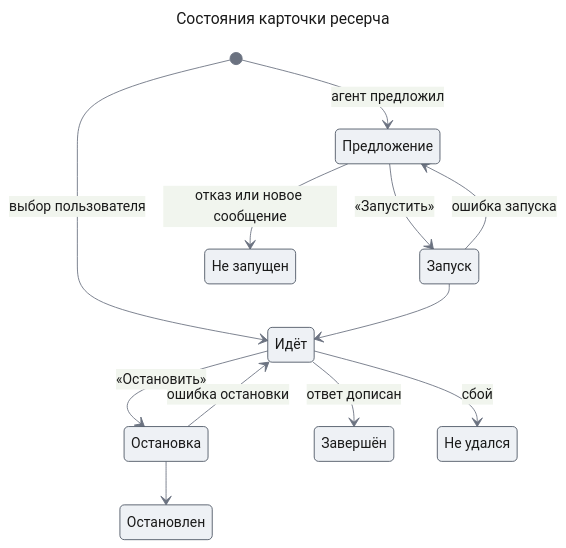
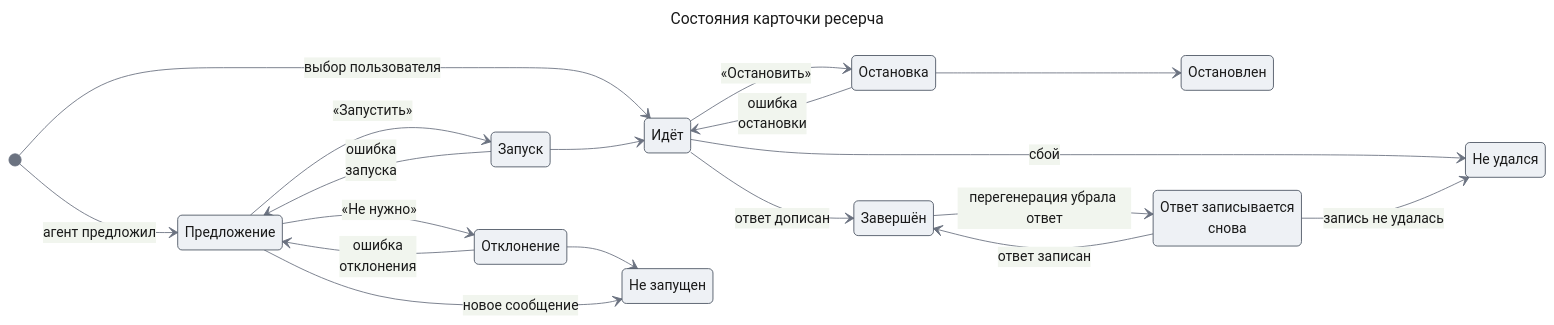
Before and after one commit to tundraray/agent-os: the first of 2 diagrams in docs/design-system/components/research-card.md, drawn with Mermaid. The commit also changed other lines of this file and 2 other files, not shown here.

````diff
--- a/docs/design-system/components/research-card.md
+++ b/docs/design-system/components/research-card.md
@@ -61,33 +65,42 @@
 ```mermaid
 ---
 title: "Состояния карточки ресерча"
 config:
   theme: base
   look: classic
   themeVariables:
     primaryColor: "#eef1f5"
     primaryBorderColor: "#4b5563"
     primaryTextColor: "#1a1a1a"
     lineColor: "#6b7280"
 ---
 stateDiagram-v2
+    direction LR
     state "Предложение" as Proposal
     state "Запуск" as Launching
+    state "Отклонение" as Declining
     state "Идёт" as Running
     state "Остановка" as Stopping
     state "Остановлен" as Stopped
     state "Завершён" as Finished
+    state "Ответ записывается<br/>снова" as Rewriting
     state "Не удался" as Failed
     state "Не запущен" as NotLaunched
     [*] --> Proposal: агент предложил
     [*] --> Running: выбор пользователя
     Proposal --> Launching: «Запустить»
     Launching --> Running
-    Launching --> Proposal: ошибка запуска
-    Proposal --> NotLaunched: отказ или новое сообщение
+    Proposal --> Declining: «Не нужно»
+    Declining --> NotLaunched
+    Proposal --> NotLaunched: новое сообщение
+    Launching --> Proposal: ошибка<br/>запуска
+    Declining --> Proposal: ошибка<br/>отклонения
+    Running --> Finished: ответ дописан
+    Running --> Failed: сбой
+    Stopping --> Running: ошибка<br/>остановки
     Running --> Stopping: «Остановить»
     Stopping --> Stopped
-    Stopping --> Running: ошибка остановки
-    Running --> Finished: ответ дописан
-    Running --> Failed: сбой
+    Finished --> Rewriting: перегенерация убрала ответ
+    Rewriting --> Finished: ответ записан
+    Rewriting --> Failed: запись не удалась
 ```
````
